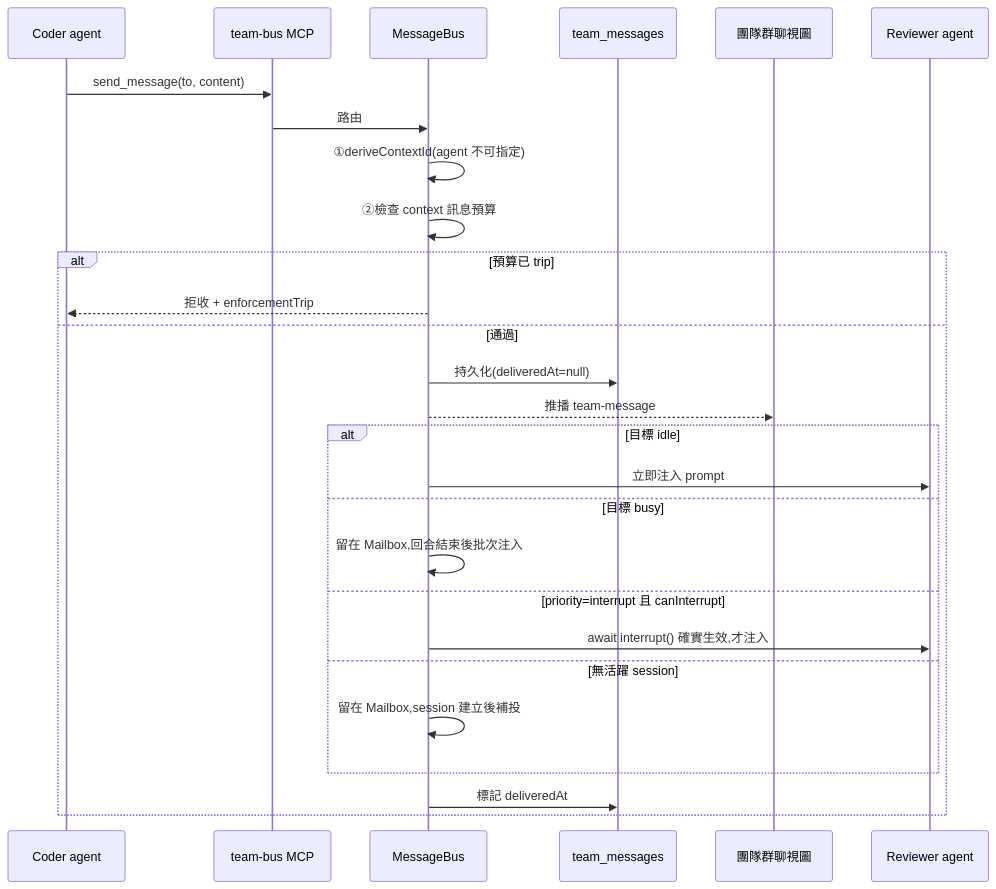
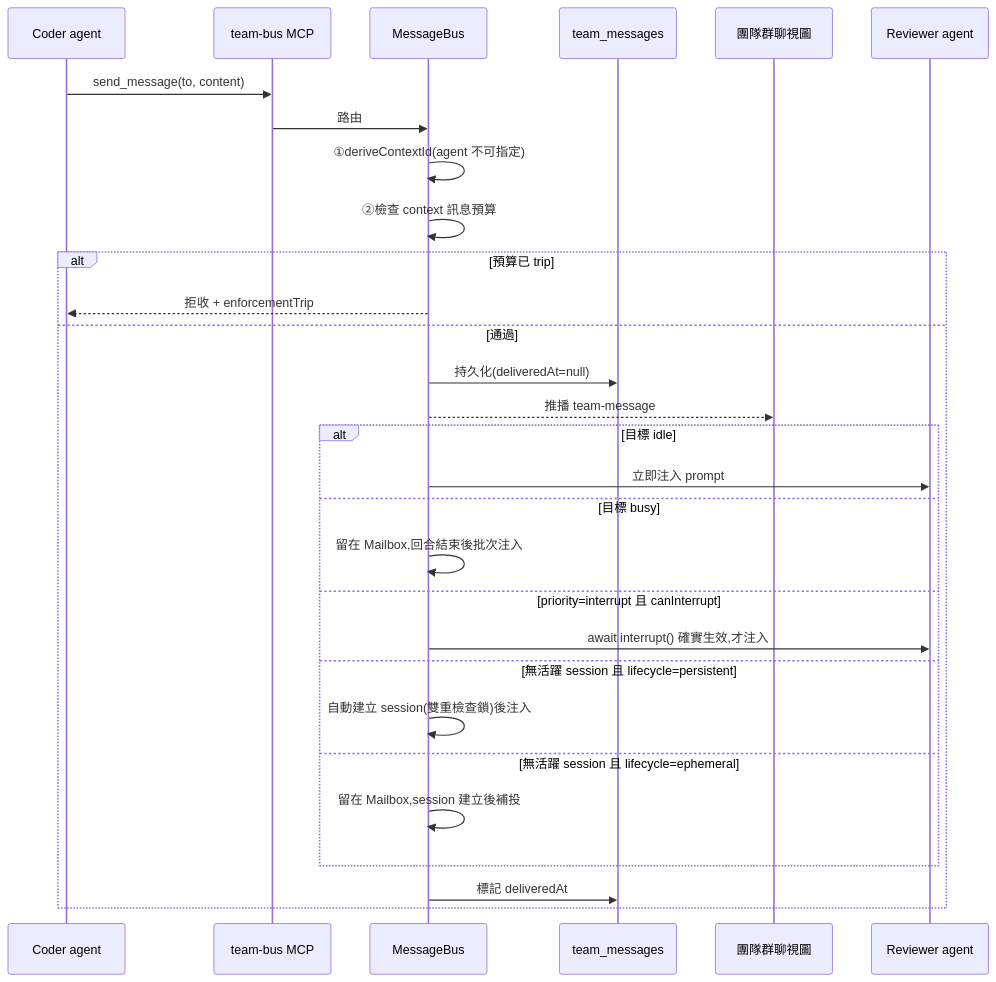
One commit to xing-101729/deskmony changed the fifth of 6 diagrams in docs/ARCHITECTURE.md. Above: the diagram before and after it, drawn with Mermaid. The commit also changed other lines of this file and 10 other files, not shown here.

````diff
--- a/docs/ARCHITECTURE.md
+++ b/docs/ARCHITECTURE.md
@@ -498,30 +518,32 @@
 ```mermaid
 sequenceDiagram
     participant A as Coder agent
     participant MCP as team-bus MCP
     participant BUS as MessageBus
     participant DB as team_messages
     participant UI as 團隊群聊視圖
     participant B as Reviewer agent
 
     A->>MCP: send_message(to, content)
     MCP->>BUS: 路由
     BUS->>BUS: ①deriveContextId(agent 不可指定)
     BUS->>BUS: ②檢查 context 訊息預算
     alt 預算已 trip
         BUS-->>A: 拒收 + enforcementTrip
     else 通過
         BUS->>DB: 持久化(deliveredAt=null)
         BUS-->>UI: 推播 team-message
         alt 目標 idle
             BUS->>B: 立即注入 prompt
         else 目標 busy
             BUS->>BUS: 留在 Mailbox,回合結束後批次注入
         else priority=interrupt 且 canInterrupt
             BUS->>B: await interrupt() 確實生效,才注入
-        else 無活躍 session
+        else 無活躍 session 且 lifecycle=persistent
+            BUS->>BUS: 自動建立 session(雙重檢查鎖)後注入
+        else 無活躍 session 且 lifecycle=ephemeral
             BUS->>BUS: 留在 Mailbox,session 建立後補投
         end
         BUS->>DB: 標記 deliveredAt
     end
 ```
````
